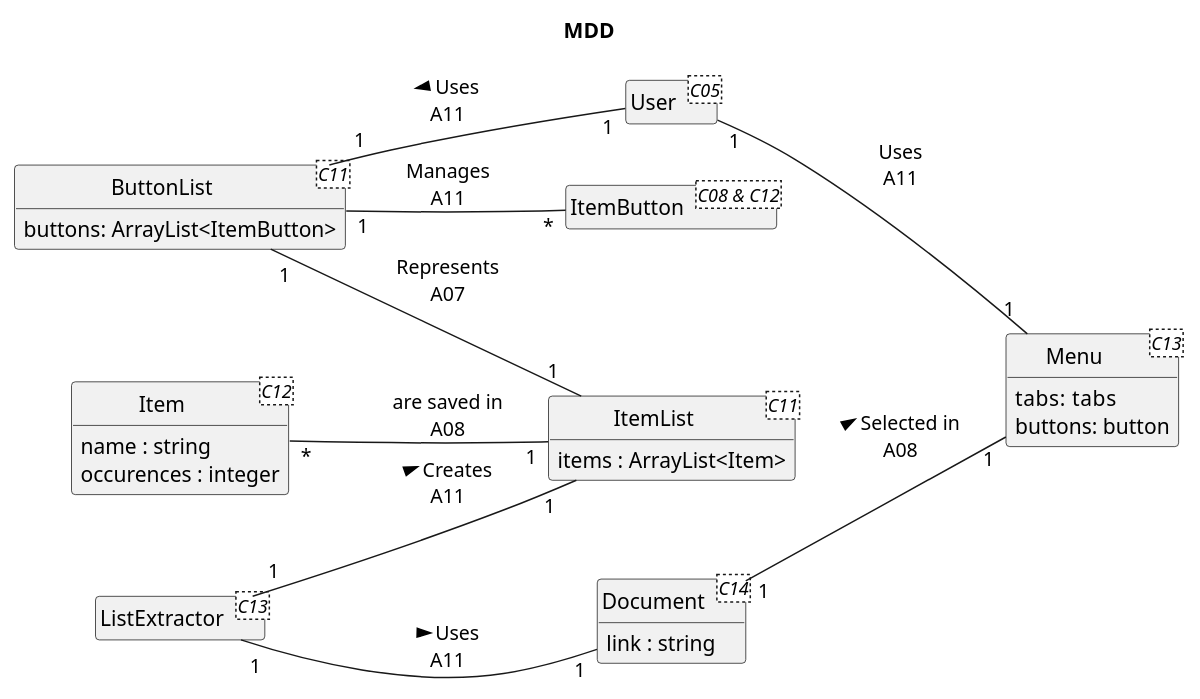
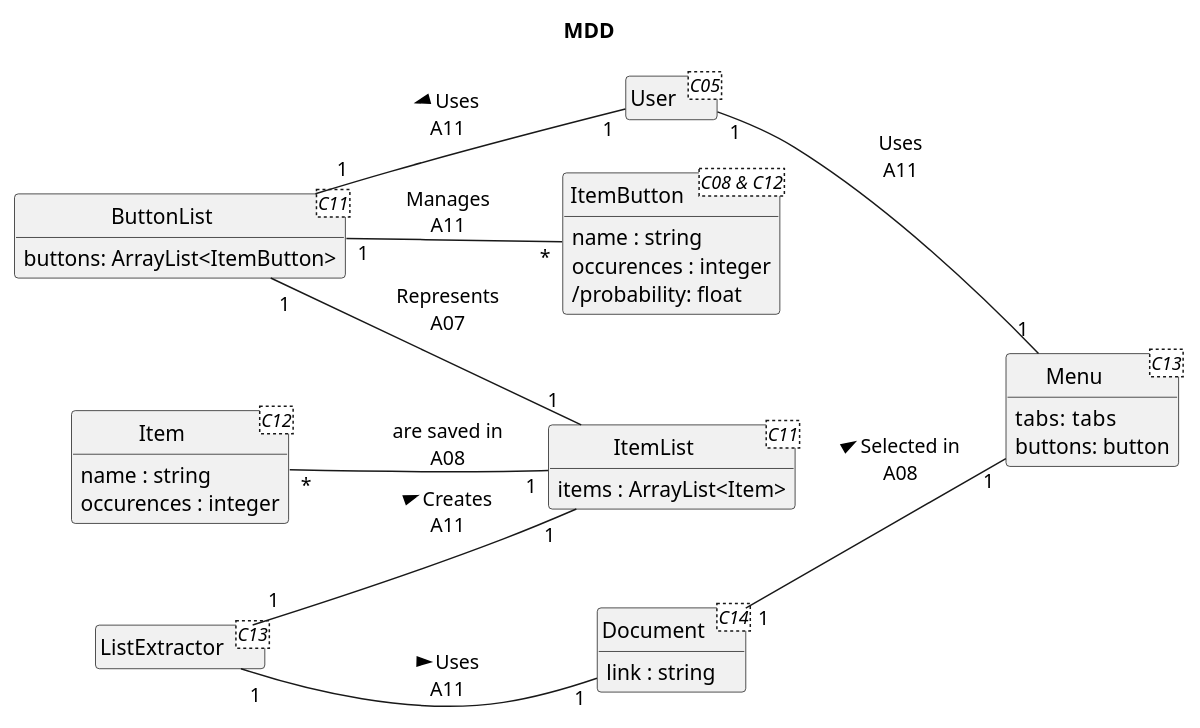
One commit to vexys001/RandoTracker changed the diagram in docs/MDD/mdd_v1.puml. Above: the diagram before and after it, drawn with PlantUML. The commit also changed 3 other files, not shown here.

```diff
--- a/docs/MDD/mdd_v1.puml
+++ b/docs/MDD/mdd_v1.puml
@@ -1,51 +1,55 @@
 @startuml
 skinparam style strictuml
 skinparam defaultfontname Verdana
 skinparam ControlStereotypeFontColor #blue
 left to right direction
 hide empty members
 'skinparam linetype ortho
 
 title MDD
 
 class User <C05> {}
 
 class Menu <C13> {
     tabs:  tabs
     buttons: button
 }
 
 class ItemList <C11> {
     items : ArrayList<Item> 
 }
 class Item <C12>  {
   name : string
   occurences : integer
 }
 
 class ButtonList<C11>{
     buttons: ArrayList<ItemButton>
 }
 
-class ItemButton <C08 & C12> {}
+class ItemButton <C08 & C12> {
+    name : string
+    occurences : integer
+    /probability: float
+}
 
 class ListExtractor <C13> {}
 
 class Document <C14> {
     link : string
 }
 
 Document "1" -- "1" Menu : > Selected in\nA08
 ListExtractor "1" -- "1" Document : > Uses\nA11
 
 User "1" -- "1" Menu :  Uses\nA11
 ButtonList "1" -- "1" User : < Uses\nA11
 
 ListExtractor "1" -- "1" ItemList : > Creates\nA11
 
 ItemList "1" -l- "1" ButtonList : Represents\nA07
 ButtonList "1" -- "*" ItemButton : Manages\nA11
 
 Item "*" -- "1" ItemList : are saved in\nA08
 
 @enduml
```
